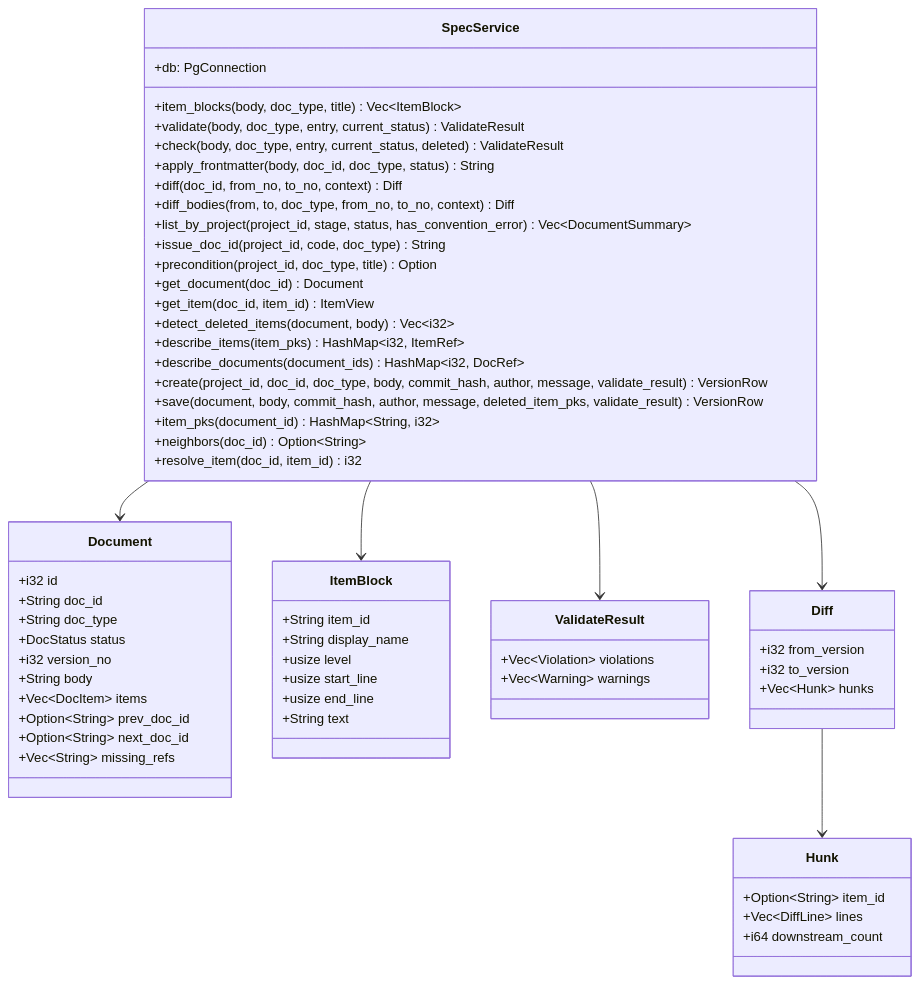
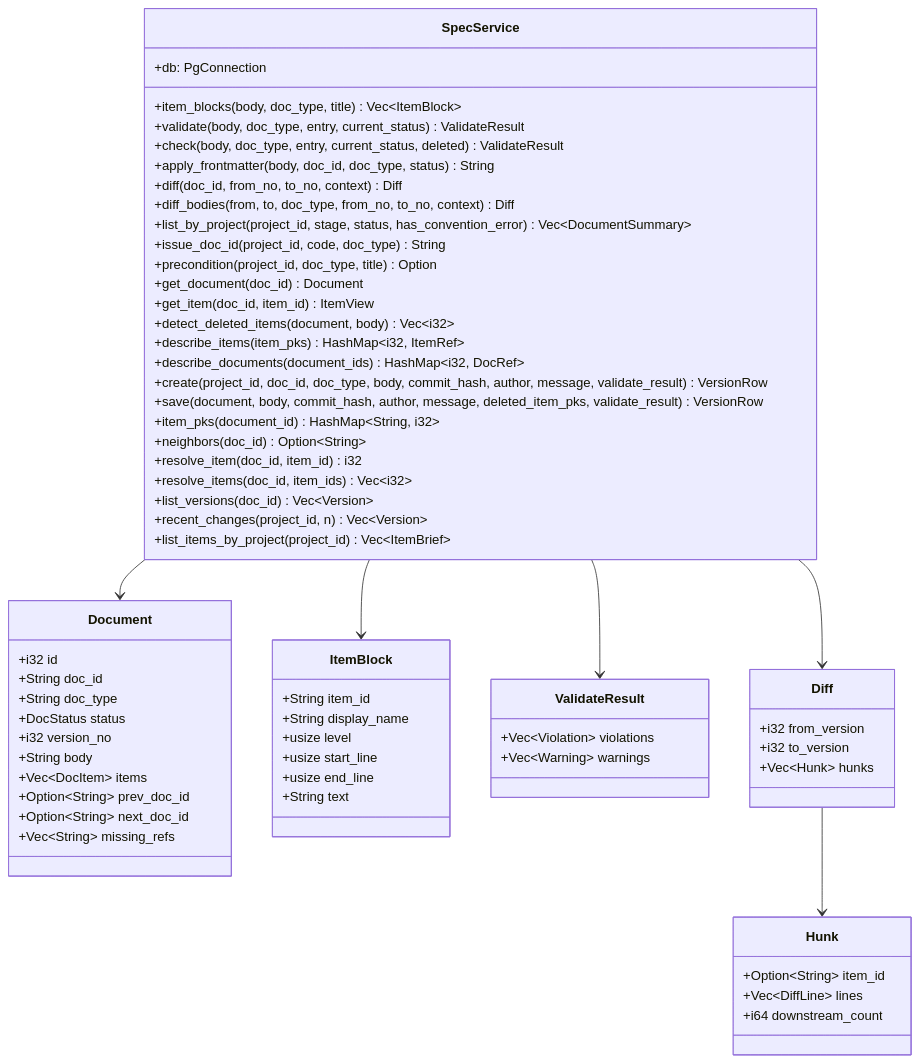
One commit to HoyoungParkme/syncdoc changed the second of 6 diagrams in docs/specs/06-DOM/SYNC-DOM-004.md. Above: the diagram before and after it, drawn with Mermaid. The commit also changed other lines of this file, not shown here.

````diff
--- a/docs/specs/06-DOM/SYNC-DOM-004.md
+++ b/docs/specs/06-DOM/SYNC-DOM-004.md
@@ -357,64 +361,68 @@
 ```mermaid
 classDiagram
     class SpecService {
         +db: PgConnection
         +item_blocks(body, doc_type, title) Vec~ItemBlock~
         +validate(body, doc_type, entry, current_status) ValidateResult
         +check(body, doc_type, entry, current_status, deleted) ValidateResult
         +apply_frontmatter(body, doc_id, doc_type, status) String
         +diff(doc_id, from_no, to_no, context) Diff
         +diff_bodies(from, to, doc_type, from_no, to_no, context) Diff
         +list_by_project(project_id, stage, status, has_convention_error) Vec~DocumentSummary~
         +issue_doc_id(project_id, code, doc_type) String
         +precondition(project_id, doc_type, title) Option
         +get_document(doc_id) Document
         +get_item(doc_id, item_id) ItemView
         +detect_deleted_items(document, body) Vec~i32~
         +describe_items(item_pks) HashMap~i32, ItemRef~
         +describe_documents(document_ids) HashMap~i32, DocRef~
         +create(project_id, doc_id, doc_type, body, commit_hash, author, message, validate_result) VersionRow
         +save(document, body, commit_hash, author, message, deleted_item_pks, validate_result) VersionRow
         +item_pks(document_id) HashMap~String, i32~
         +neighbors(doc_id) Option~String~
         +resolve_item(doc_id, item_id) i32
+        +resolve_items(doc_id, item_ids) Vec~i32~
+        +list_versions(doc_id) Vec~Version~
+        +recent_changes(project_id, n) Vec~Version~
+        +list_items_by_project(project_id) Vec~ItemBrief~
     }
     class Document {
         +i32 id
         +String doc_id
         +String doc_type
         +DocStatus status
         +i32 version_no
         +String body
         +Vec~DocItem~ items
         +Option~String~ prev_doc_id
         +Option~String~ next_doc_id
         +Vec~String~ missing_refs
     }
     class ItemBlock {
         +String item_id
         +String display_name
         +usize level
         +usize start_line
         +usize end_line
         +String text
     }
     class ValidateResult {
         +Vec~Violation~ violations
         +Vec~Warning~ warnings
     }
     class Diff {
         +i32 from_version
         +i32 to_version
         +Vec~Hunk~ hunks
     }
     class Hunk {
         +Option~String~ item_id
         +Vec~DiffLine~ lines
         +i64 downstream_count
     }
     SpecService --> ItemBlock
     SpecService --> ValidateResult
     SpecService --> Diff
     SpecService --> Document
     Diff --> Hunk
 ```
````
